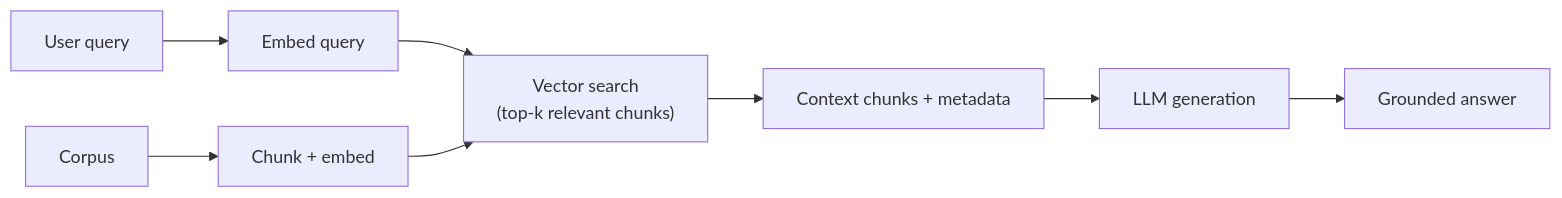
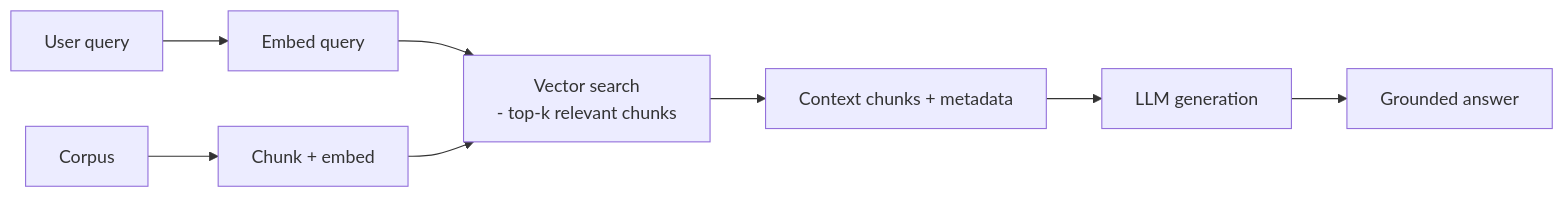
One commit to RIT-MESH/system-design-mastery changed the diagram in docs/10-extreme-scale/07-vector-search-rag.md. Above: the diagram before and after it, drawn with Mermaid. The commit also changed 139 other files, not shown here.

First line of the commit message:
Fix Mermaid parse errors: replace parentheses in node labels across 140 files

````diff
--- a/docs/10-extreme-scale/07-vector-search-rag.md
+++ b/docs/10-extreme-scale/07-vector-search-rag.md
@@ -22,11 +22,11 @@
 ```mermaid
 %% created-for: system-design-mastery
 flowchart LR
   Q["User query"] --> EmbQ["Embed query"]
-  EmbQ --> VS["Vector search<br/>(top-k relevant chunks)"]
+  EmbQ --> VS["Vector search<br/> - top-k relevant chunks"]
   VS --> Ctx["Context chunks + metadata"]
   Ctx --> LLM["LLM generation"]
   LLM --> Ans["Grounded answer"]
   Docs["Corpus"] --> Chunk["Chunk + embed"]
   Chunk --> VS
 ```
````
